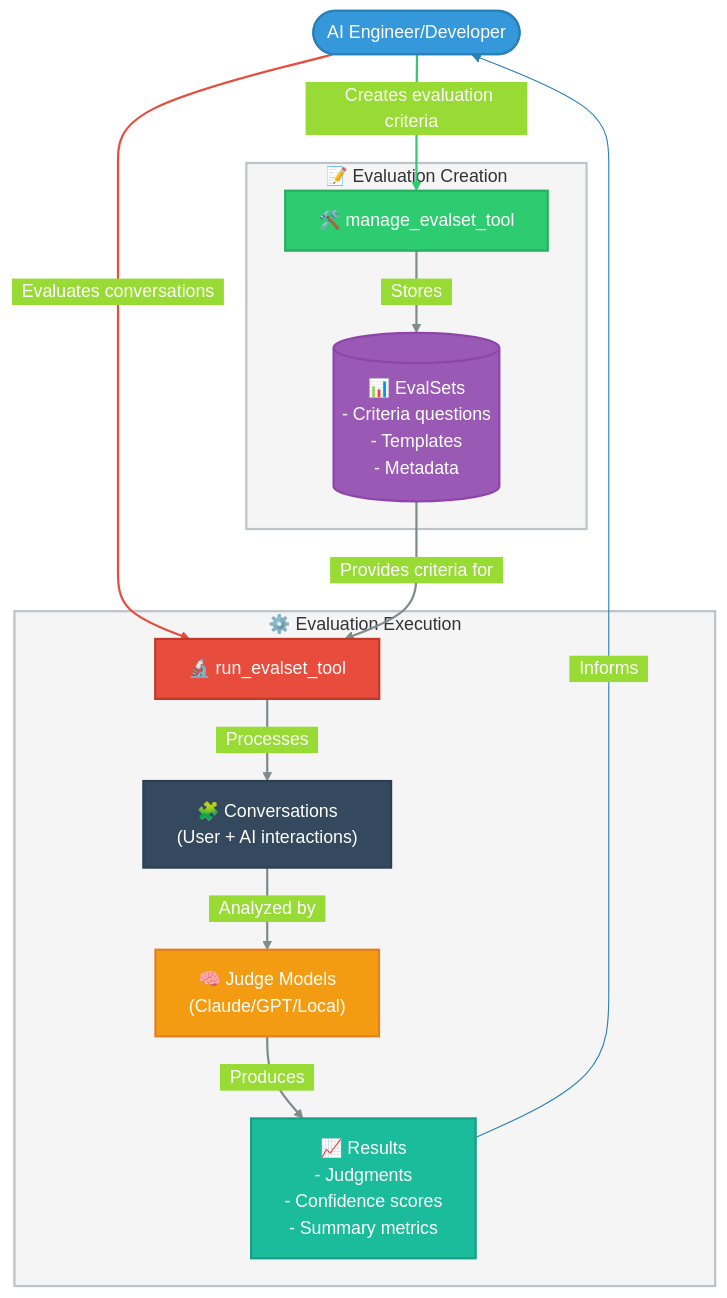
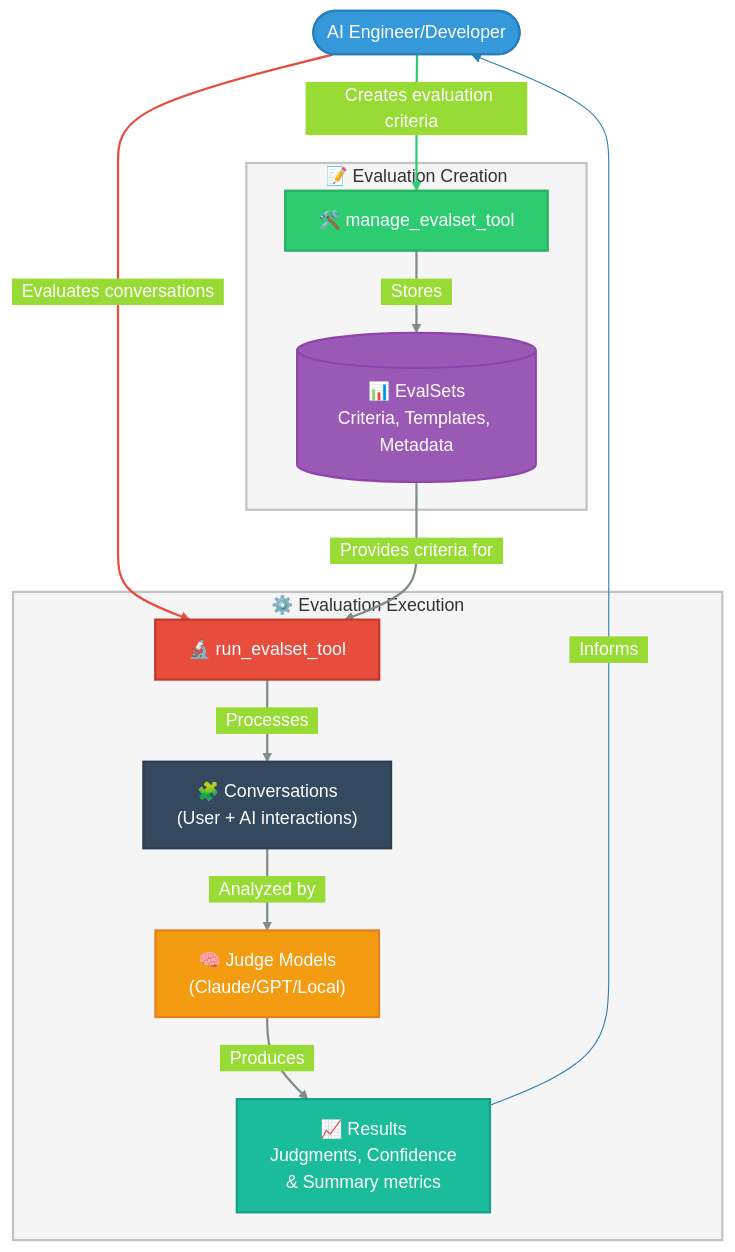
One commit to ericflo/agentoptim changed the first of 2 diagrams in README.md. Above: the diagram before and after it, drawn with Mermaid.

Commit message:
Replace markdown lists with <br/> tags in mermaid diagram
Fix 'Unsupported markdown: list' errors in mermaid nodes by using
HTML line breaks instead of markdown bullet lists for better compatibility.

📚 Generated with [Claude Code](https://claude.ai/code)

````diff
--- a/README.md
+++ b/README.md
@@ -47,52 +47,44 @@
 ```mermaid
 %%{init: {'theme': 'base', 'themeVariables': { 'primaryColor': '#3498db', 'primaryTextColor': '#fff', 'lineColor': '#2980b9', 'tertiaryColor': '#f5f5f5'}}}%%
 flowchart TD
     User([AI Engineer/Developer]) --> |"&nbsp;&nbsp;Creates evaluation criteria&nbsp;&nbsp;"| A["🛠️ manage_evalset_tool"]
     User --> |"&nbsp;&nbsp;Evaluates conversations&nbsp;&nbsp;"| B["🔬 run_evalset_tool"]
     
     subgraph Creation ["📝 Evaluation Creation"]
-        A --> |"&nbsp;&nbsp;Stores&nbsp;&nbsp;"| C[("📊 EvalSets
-- Criteria questions
-- Templates
-- Metadata")]
+        A --> |"&nbsp;&nbsp;Stores&nbsp;&nbsp;"| C[("📊 EvalSets<br/>Criteria, Templates, Metadata")]
     end
     
     subgraph Execution ["⚙️ Evaluation Execution"]
-        B --> |"&nbsp;&nbsp;Processes&nbsp;&nbsp;"| E["🧩 Conversations
-(User + AI interactions)"]
-        E --> |"&nbsp;&nbsp;Analyzed by&nbsp;&nbsp;"| D["🧠 Judge Models
-(Claude/GPT/Local)"]
-        D --> |"&nbsp;&nbsp;Produces&nbsp;&nbsp;"| F["📈 Results
-- Judgments
-- Confidence scores
-- Summary metrics"]
+        B --> |"&nbsp;&nbsp;Processes&nbsp;&nbsp;"| E["🧩 Conversations<br/>(User + AI interactions)"]
+        E --> |"&nbsp;&nbsp;Analyzed by&nbsp;&nbsp;"| D["🧠 Judge Models<br/>(Claude/GPT/Local)"]
+        D --> |"&nbsp;&nbsp;Produces&nbsp;&nbsp;"| F["📈 Results<br/>Judgments, Confidence<br/>& Summary metrics"]
     end
     
     C --> |"&nbsp;&nbsp;Provides criteria for&nbsp;&nbsp;"| B
     F --> |"&nbsp;&nbsp;Informs&nbsp;&nbsp;"| User
     
     classDef primary fill:#3498db,stroke:#2980b9,color:white,stroke-width:2px;
     classDef tool1 fill:#2ecc71,stroke:#27ae60,color:white,stroke-width:2px;
     classDef tool2 fill:#e74c3c,stroke:#c0392b,color:white,stroke-width:2px;
     classDef storage fill:#9b59b6,stroke:#8e44ad,color:white,stroke-width:2px;
     classDef model fill:#f39c12,stroke:#e67e22,color:white,stroke-width:2px;
     classDef result fill:#1abc9c,stroke:#16a085,color:white,stroke-width:2px;
     classDef conversation fill:#34495e,stroke:#2c3e50,color:white,stroke-width:2px;
     classDef creation fill:#f5f5f5,stroke:#bdc3c7,color:#333,stroke-width:2px;
     classDef execution fill:#f5f5f5,stroke:#bdc3c7,color:#333,stroke-width:2px;
     
     class User primary;
     class A tool1;
     class B tool2;
     class C storage;
     class D model;
     class F result;
     class E conversation;
     class Creation creation;
     class Execution execution;
 
     %% Add tooltip descriptions
     linkStyle 0 stroke:#2ecc71,stroke-width:2px;
     linkStyle 1 stroke:#e74c3c,stroke-width:2px;
     linkStyle 2,3,4,5,6 stroke:#7f8c8d,stroke-width:2px;
 ```
````
